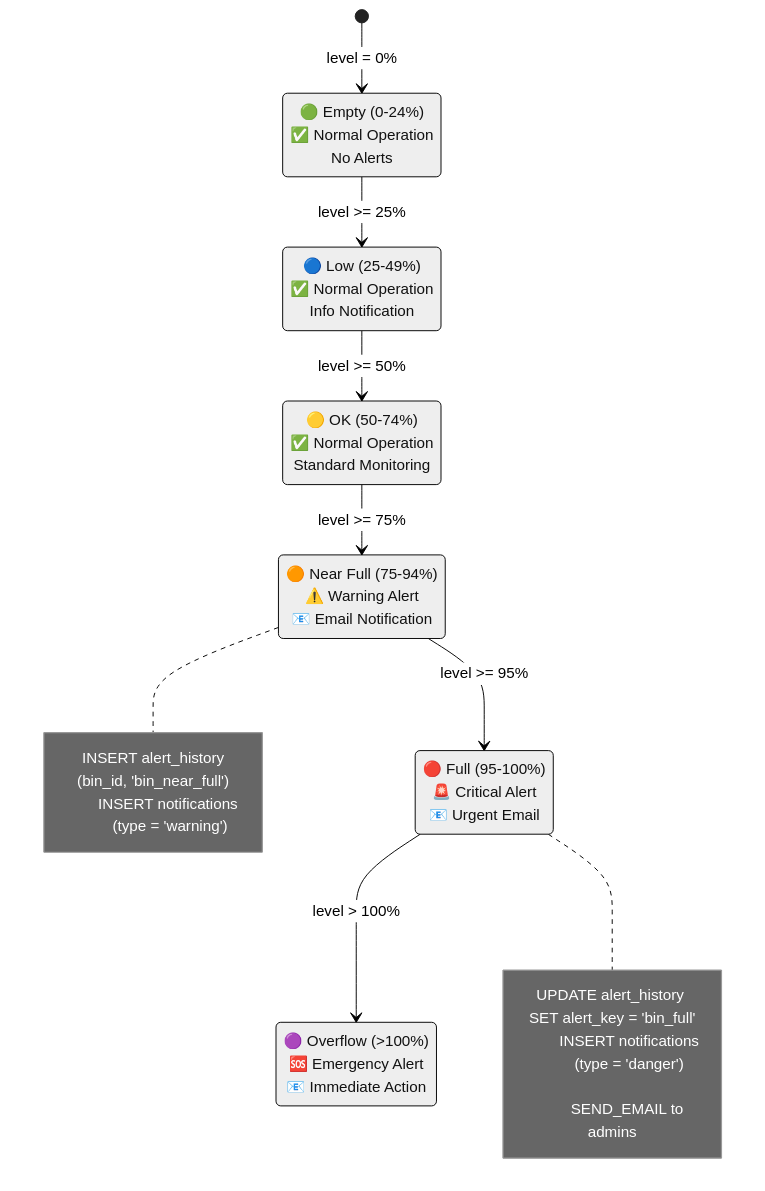
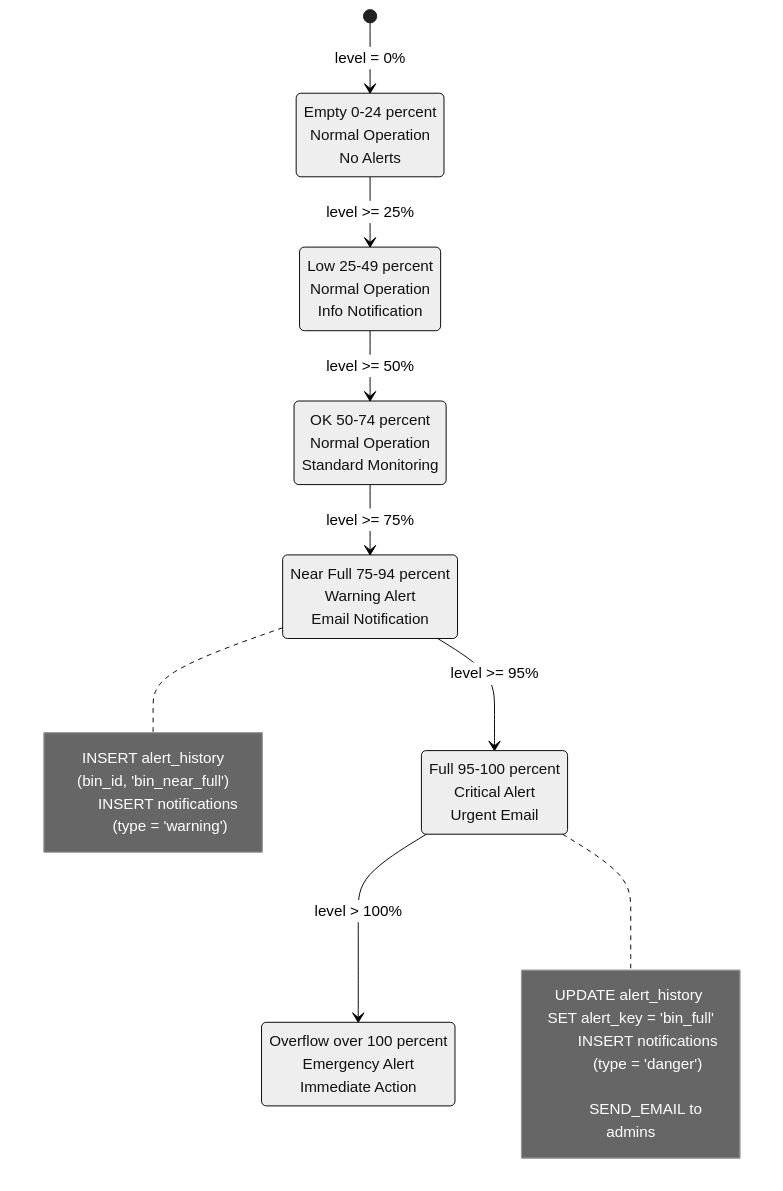
Before and after one commit to gabnavph/Uniform-detection-system: the sixth of 8 diagrams in docs/other system.md, drawn with Mermaid (neutral theme). The commit also changed other lines of this file, not shown here.

````diff
--- a/docs/other system.md
+++ b/docs/other system.md
@@ -562,35 +562,35 @@
 ```mermaid
 stateDiagram-v2
     [*] --> Empty: level = 0%
     
     Empty --> Low: level >= 25%
     Low --> OK: level >= 50%
     OK --> NearFull: level >= 75%
     NearFull --> Full: level >= 95%
     Full --> Overflow: level > 100%
     
-    Empty: 🟢 Empty (0-24%)<br/>✅ Normal Operation<br/>No Alerts
-    Low: 🔵 Low (25-49%)<br/>✅ Normal Operation<br/>Info Notification
-    OK: 🟡 OK (50-74%)<br/>✅ Normal Operation<br/>Standard Monitoring
-    NearFull: 🟠 Near Full (75-94%)<br/>⚠️ Warning Alert<br/>📧 Email Notification
-    Full: 🔴 Full (95-100%)<br/>🚨 Critical Alert<br/>📧 Urgent Email
-    Overflow: 🟣 Overflow (>100%)<br/>🆘 Emergency Alert<br/>📧 Immediate Action
+    Empty: Empty 0-24 percent<br/>Normal Operation<br/>No Alerts
+    Low: Low 25-49 percent<br/>Normal Operation<br/>Info Notification
+    OK: OK 50-74 percent<br/>Normal Operation<br/>Standard Monitoring
+    NearFull: Near Full 75-94 percent<br/>Warning Alert<br/>Email Notification
+    Full: Full 95-100 percent<br/>Critical Alert<br/>Urgent Email
+    Overflow: Overflow over 100 percent<br/>Emergency Alert<br/>Immediate Action
     
     note right of NearFull
         INSERT alert_history
         (bin_id, 'bin_near_full')
         
         INSERT notifications 
         (type = 'warning')
     end note
     
     note right of Full
         UPDATE alert_history 
         SET alert_key = 'bin_full'
         
         INSERT notifications
         (type = 'danger')
         
         SEND_EMAIL to admins
     end note
 ```
````
